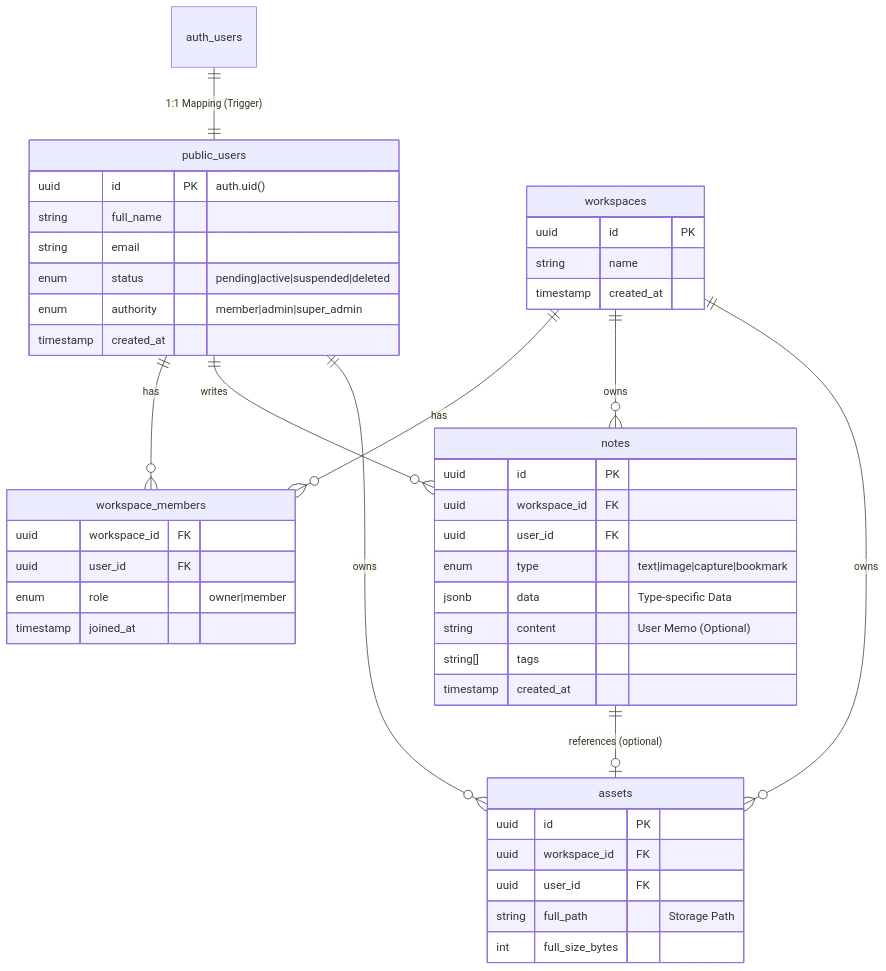
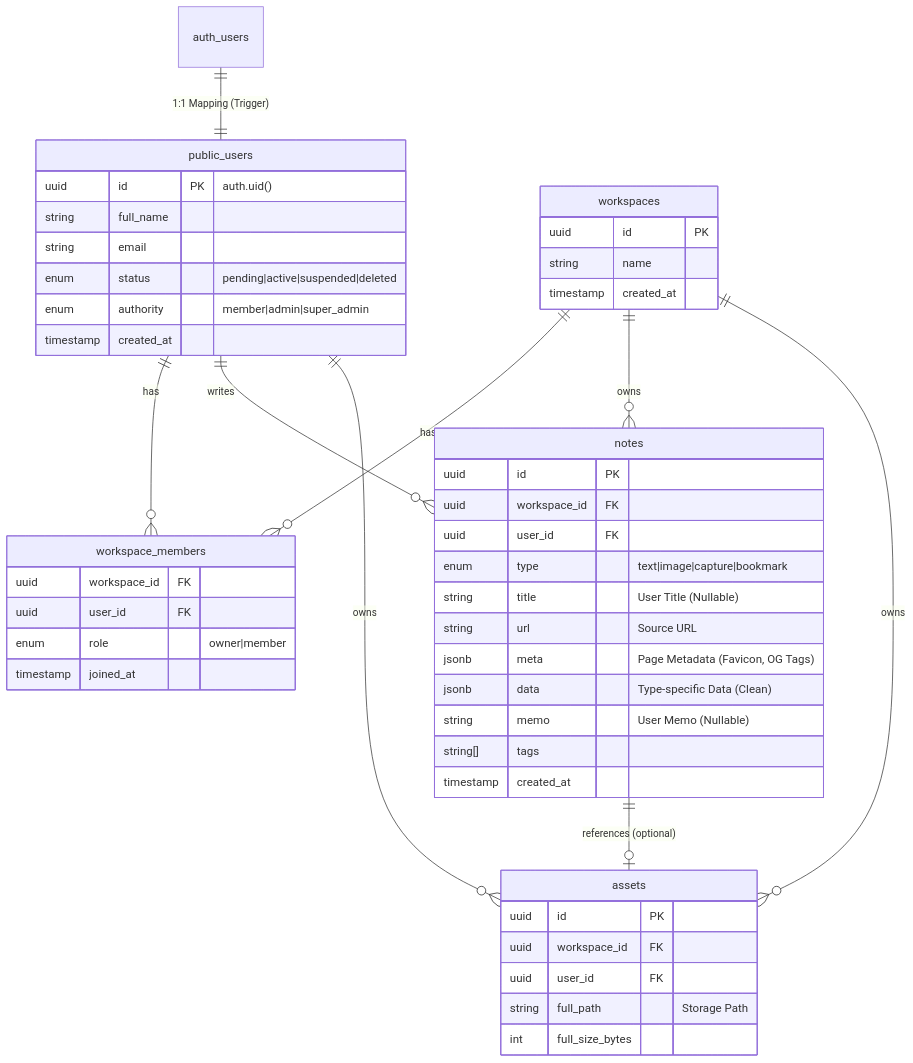
One commit to seunjin/pickle changed the diagram in docs/database_schema.md. Above: the diagram before and after it, drawn with Mermaid. The commit also changed other lines of this file and 2 other files, not shown here.

Commit message:
docs: 스키마 변경 및 아키텍처 업데이트 문서화
- database_schema.md: notes 테이블 컬럼(title, url, meta) 최신화 및 memo 필드 반영
- extension_architecture.md: 캡처 시 메타데이터 추출 플로우 추가
- data_access_layer.md: Zod 스키마 계약(Contracts) 섹션 추가 및 내용 복구

````diff
--- a/docs/database_schema.md
+++ b/docs/database_schema.md
@@ -13,56 +13,59 @@
 ```mermaid
 erDiagram
     auth_users ||--|| public_users : "1:1 Mapping (Trigger)"
     
     public_users ||--o{ workspace_members : "has"
     workspaces ||--o{ workspace_members : "has"
     
     workspaces ||--o{ notes : "owns"
     public_users ||--o{ notes : "writes"
     
     workspaces ||--o{ assets : "owns"
     public_users ||--o{ assets : "owns"
     
     notes ||--o| assets : "references (optional)"
 
     public_users {
         uuid id PK "auth.uid()"
         string full_name
         string email
         enum status "pending|active|suspended|deleted"
         enum authority "member|admin|super_admin"
         timestamp created_at
     }
 
     workspaces {
         uuid id PK
         string name
         timestamp created_at
     }
 
     workspace_members {
         uuid workspace_id FK
         uuid user_id FK
         enum role "owner|member"
         timestamp joined_at
     }
 
     notes {
         uuid id PK
         uuid workspace_id FK
         uuid user_id FK
         enum type "text|image|capture|bookmark"
-        jsonb data "Type-specific Data"
-        string content "User Memo (Optional)"
+        string title "User Title (Nullable)"
+        string url "Source URL"
+        jsonb meta "Page Metadata (Favicon, OG Tags)"
+        jsonb data "Type-specific Data (Clean)"
+        string memo "User Memo (Nullable)"
         string[] tags
         timestamp created_at
     }
 
     assets {
         uuid id PK
         uuid workspace_id FK
         uuid user_id FK
         string full_path "Storage Path"
         int full_size_bytes
     }
 ```
````
